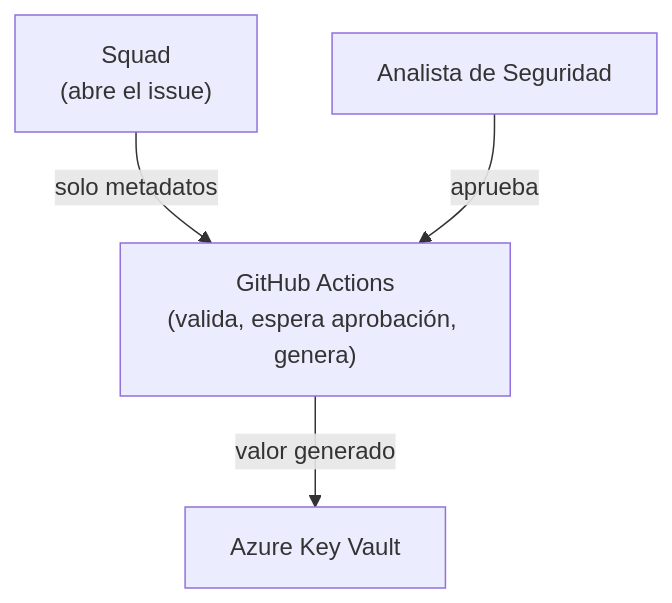
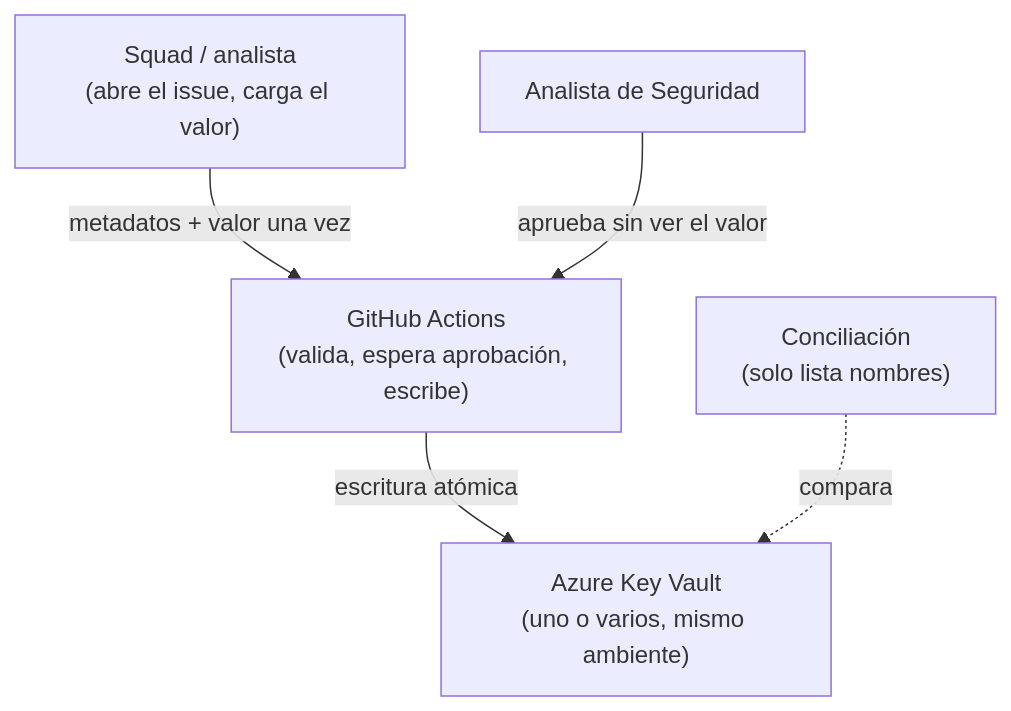
The first of 2 diagrams in ARCHITECTURE.md (Ox19/poc-registry-secret-automation), drawn with Mermaid before and after one commit. The commit also changed other lines of this file and 2 other files, not shown here.

First line of the commit message:
Poner README, ARCHITECTURE y CONTRIBUTING al dia con el flujo redefinido y multi-KV

````diff
--- a/ARCHITECTURE.md
+++ b/ARCHITECTURE.md
@@ -33,6 +36,7 @@
 ```mermaid
 flowchart TD
-    SQUAD["Squad<br/>(abre el issue)"] -->|solo metadatos| GITHUB["GitHub Actions<br/>(valida, espera aprobación, genera)"]
-    ANALISTA["Analista de Seguridad"] -->|aprueba| GITHUB
-    GITHUB -->|valor generado| AZURE["Azure Key Vault"]
+    SQUAD["Squad / analista<br/>(abre el issue, carga el valor)"] -->|metadatos + valor una vez| GITHUB["GitHub Actions<br/>(valida, espera aprobación, escribe)"]
+    ANALISTA["Analista de Seguridad"] -->|aprueba sin ver el valor| GITHUB
+    GITHUB -->|escritura atómica| AZURE["Azure Key Vault<br/>(uno o varios, mismo ambiente)"]
+    CONCILIA["Conciliación<br/>(solo lista nombres)"] -.->|compara| AZURE
 ```
````
